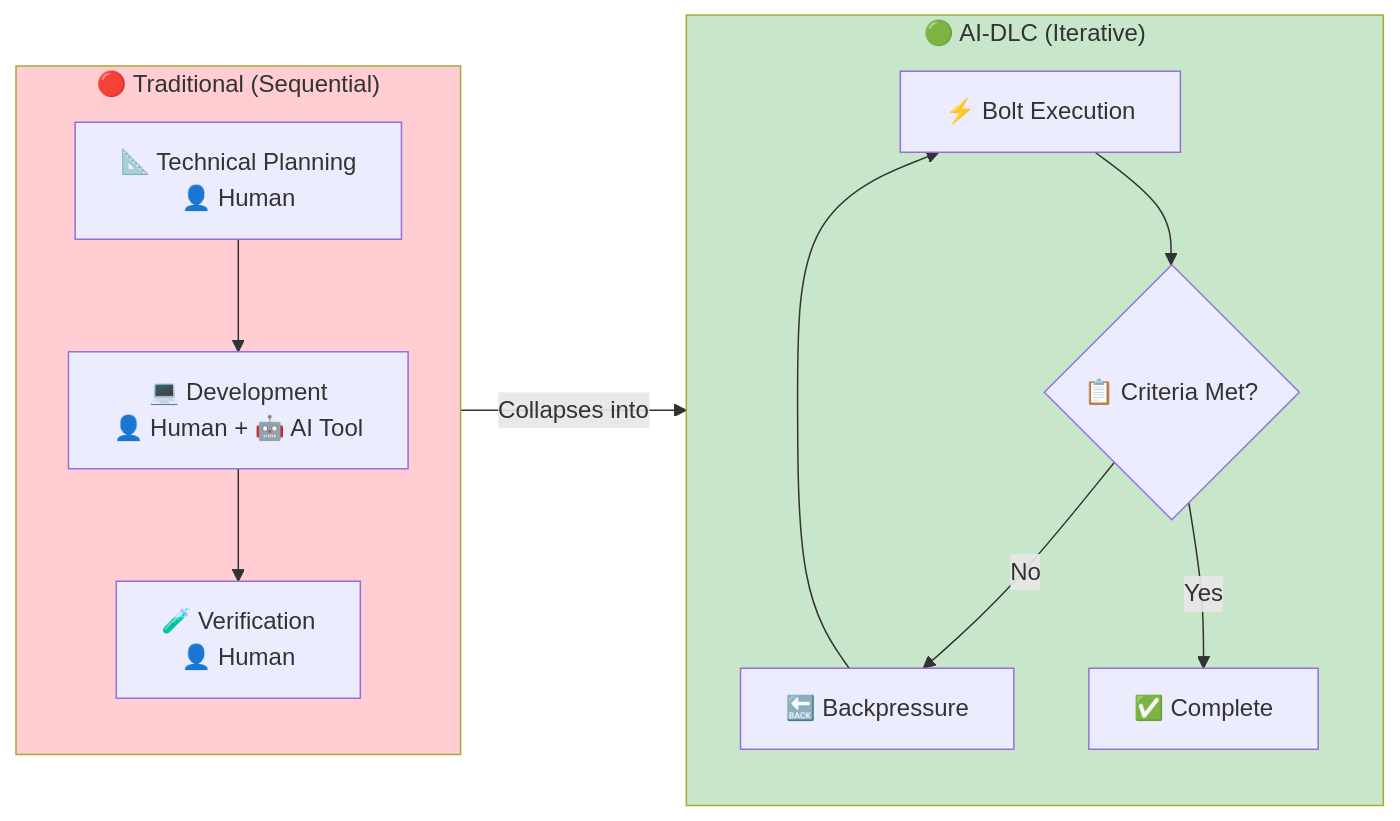
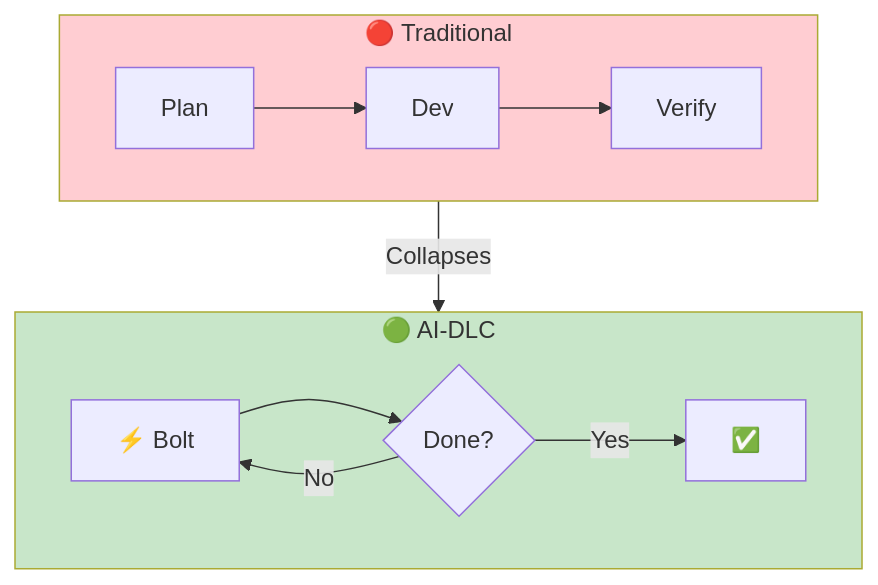
The fourth of 5 diagrams in website/content/papers/ai-dlc-2026/runbooks/adoption/reimagining-sdlc.md (TheBushidoCollective/han), drawn with Mermaid before and after one commit. The commit also changed other lines of this file and 21 other files, not shown here.

First line of the commit message:
fix(website): convert all AI-DLC runbook Mermaid diagrams to TB layout

````diff
--- a/website/content/papers/ai-dlc-2026/runbooks/adoption/reimagining-sdlc.md
+++ b/website/content/papers/ai-dlc-2026/runbooks/adoption/reimagining-sdlc.md
@@ -107,21 +94,18 @@
 ```mermaid
-flowchart LR
-    subgraph Before["🔴 Traditional (Sequential)"]
-        direction TB
-        T1[📐 Technical Planning<br/>👤 Human] --> T2[💻 Development<br/>👤 Human + 🤖 AI Tool]
-        T2 --> T3[🧪 Verification<br/>👤 Human]
+flowchart TB
+    subgraph Before["🔴 Traditional"]
+        T1[Plan] --> T2[Dev]
+        T2 --> T3[Verify]
     end
 
-    subgraph After["🟢 AI-DLC (Iterative)"]
-        direction TB
-        A1[⚡ Bolt Execution] --> A2{📋 Criteria Met?}
-        A2 -->|No| A3[🔙 Backpressure]
-        A3 --> A1
-        A2 -->|Yes| A4[✅ Complete]
+    Before -->|"Collapses"| After
+
+    subgraph After["🟢 AI-DLC"]
+        A1[⚡ Bolt] --> A2{Done?}
+        A2 -->|No| A1
+        A2 -->|Yes| A3[✅]
     end
-
-    Before -->|"Collapses into"| After
 
     style Before fill:#ffcdd2
     style After fill:#c8e6c9
 ```
````
